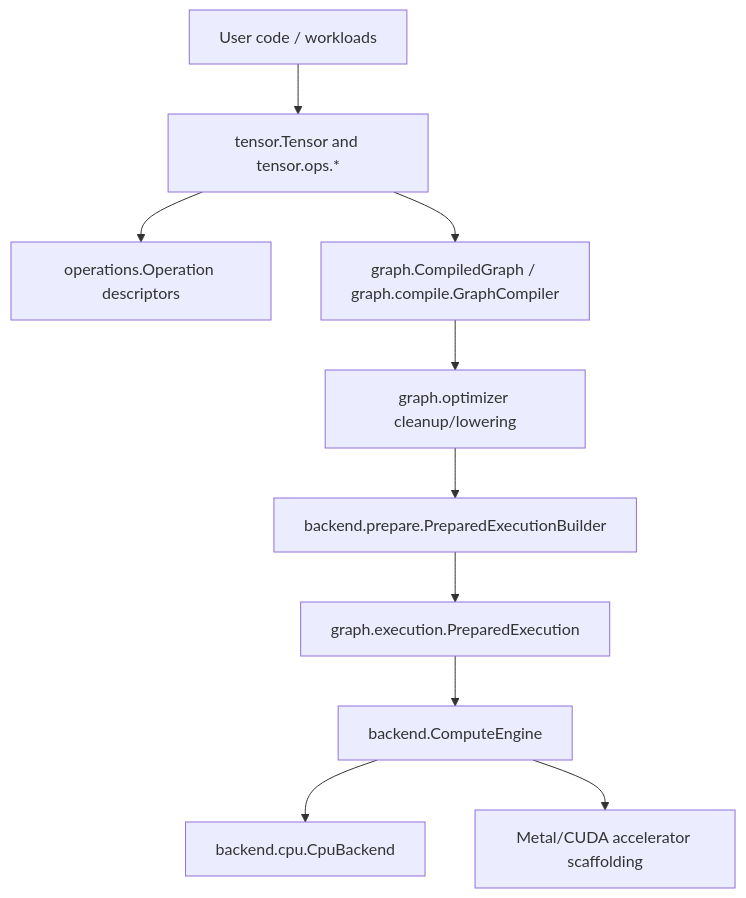
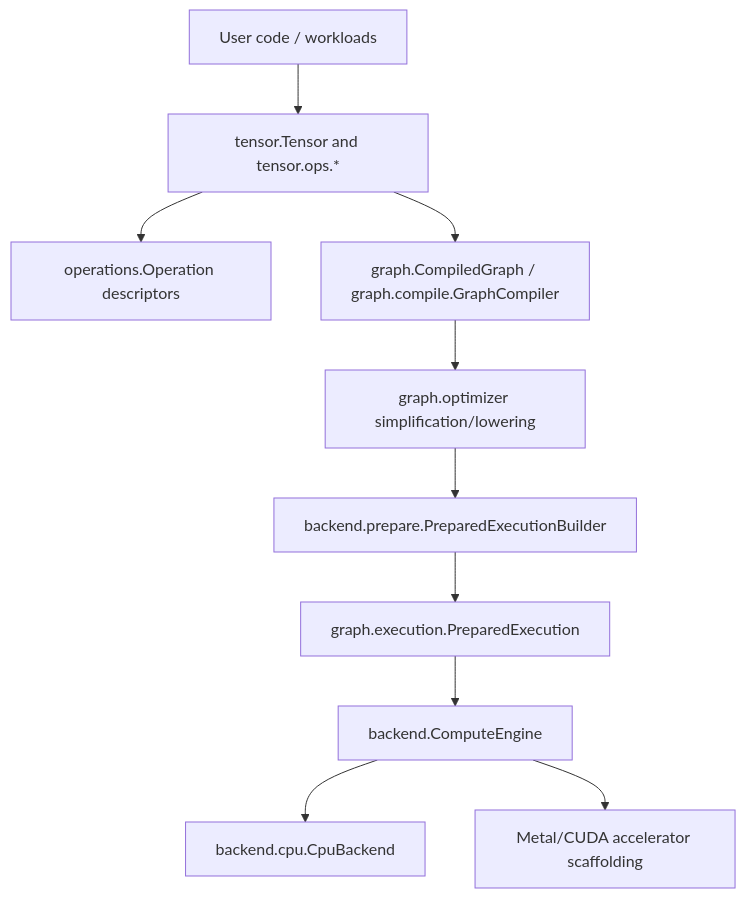
Before and after one commit to pho001/Synaptik: the first of 6 diagrams in docs/architecture.md, drawn with Mermaid. The commit also changed other lines of this file and 37 other files, not shown here.

Commit message:
graph: rename optimizer cleanup passes to simplify

````diff
--- a/docs/architecture.md
+++ b/docs/architecture.md
@@ -37,23 +37,23 @@
 ```mermaid
 flowchart TD
     UserCode["User code / workloads"]
     Tensor["tensor.Tensor and tensor.ops.*"]
     Operation["operations.Operation descriptors"]
     Compiler["graph.CompiledGraph / graph.compile.GraphCompiler"]
-    Optimizer["graph.optimizer cleanup/lowering"]
+    Optimizer["graph.optimizer simplification/lowering"]
     Prepare["backend.prepare.PreparedExecutionBuilder"]
     Execution["graph.execution.PreparedExecution"]
     Engine["backend.ComputeEngine"]
     CPU["backend.cpu.CpuBackend"]
     Accel["Metal/CUDA accelerator scaffolding"]
 
     UserCode --> Tensor
     Tensor --> Operation
     Tensor --> Compiler
     Compiler --> Optimizer
     Optimizer --> Prepare
     Prepare --> Execution
     Execution --> Engine
     Engine --> CPU
     Engine --> Accel
 ```
````
